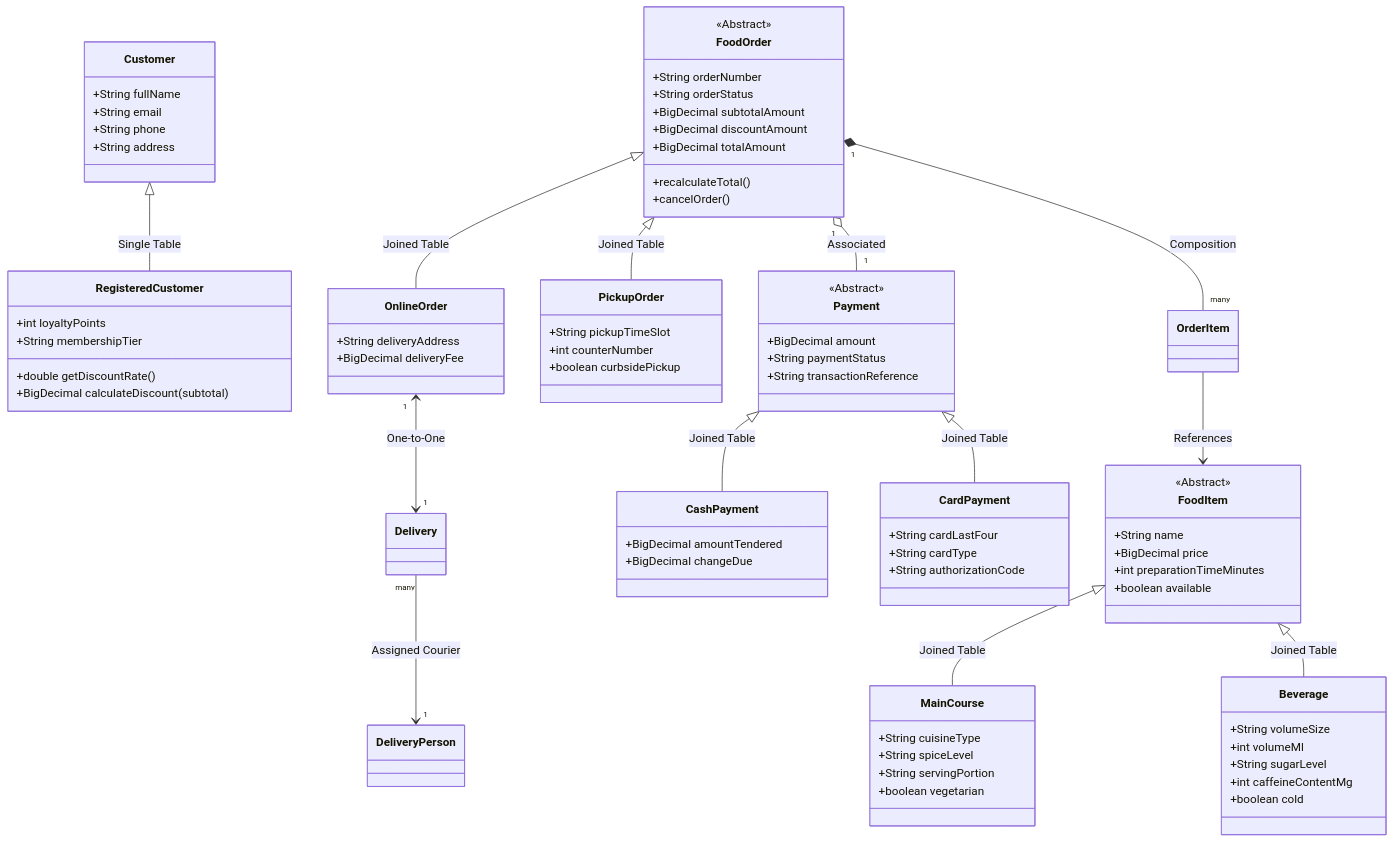
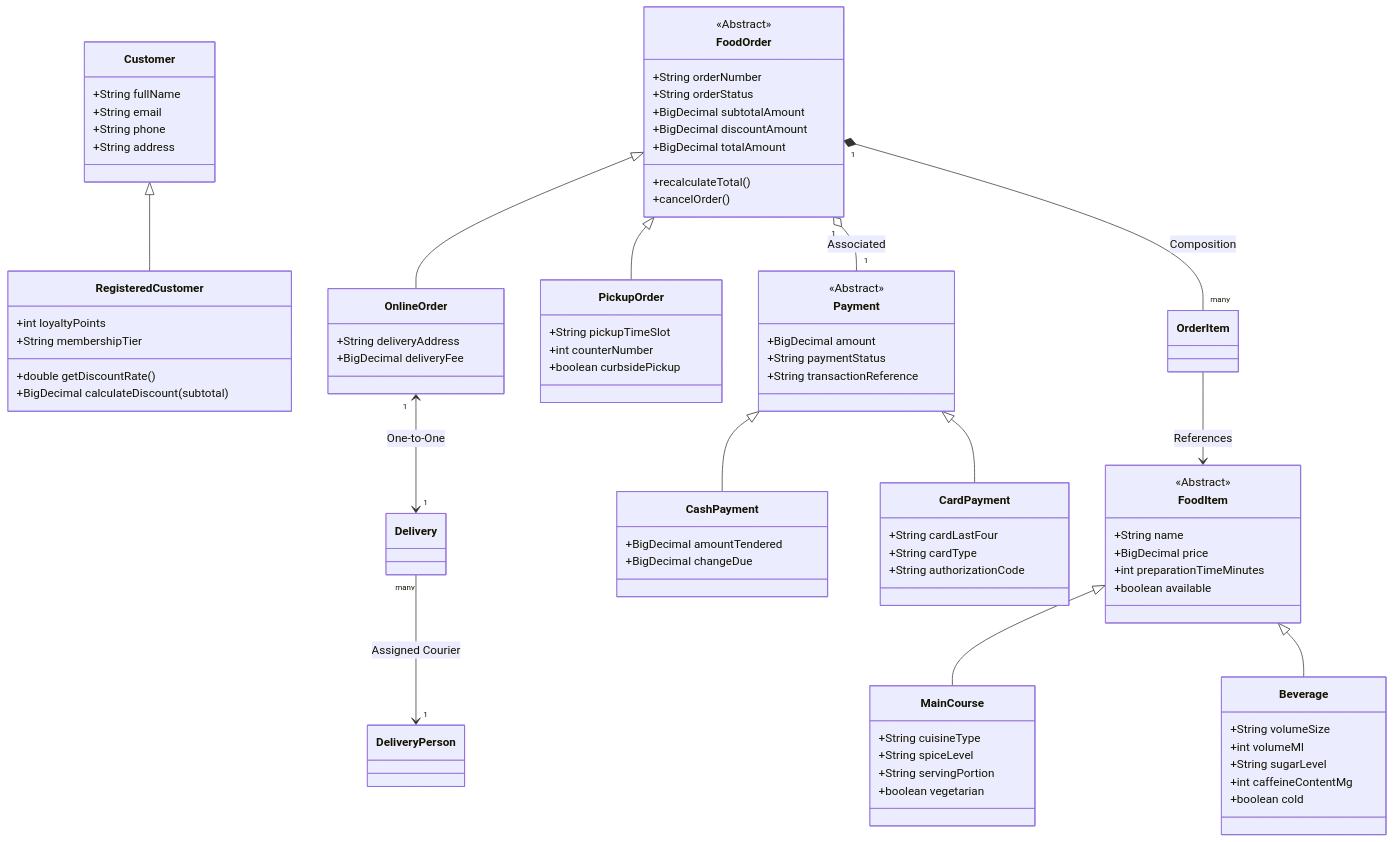
Before and after one commit to janstinvithu/Online-Food-Delivery-Management-System_OOP: the diagram in README.md, drawn with Mermaid. The commit also changed other lines of this file and 108 other files, not shown here.

```diff
--- a/README.md
+++ b/README.md
@@ -49,12 +81,14 @@
         +int preparationTimeMinutes
         +boolean available
     }
+
     class MainCourse {
         +String cuisineType
         +String spiceLevel
         +String servingPortion
         +boolean vegetarian
     }
+
     class Beverage {
         +String volumeSize
         +int volumeMl
@@ -62,8 +96,9 @@
         +int caffeineContentMg
         +boolean cold
     }
-    FoodItem <|-- MainCourse : Joined Table
-    FoodItem <|-- Beverage : Joined Table
+
+    FoodItem <|-- MainCourse
+    FoodItem <|-- Beverage
 
     class Customer {
         +String fullName
@@ -71,13 +106,15 @@
         +String phone
         +String address
     }
+
     class RegisteredCustomer {
         +int loyaltyPoints
         +String membershipTier
         +double getDiscountRate()
         +BigDecimal calculateDiscount(subtotal)
     }
-    Customer <|-- RegisteredCustomer : Single Table
+
+    Customer <|-- RegisteredCustomer
 
     class FoodOrder {
         <<Abstract>>
@@ -89,17 +126,20 @@
         +recalculateTotal()
         +cancelOrder()
     }
+
     class OnlineOrder {
         +String deliveryAddress
         +BigDecimal deliveryFee
     }
+
     class PickupOrder {
         +String pickupTimeSlot
         +int counterNumber
         +boolean curbsidePickup
     }
-    FoodOrder <|-- OnlineOrder : Joined Table
-    FoodOrder <|-- PickupOrder : Joined Table
+
+    FoodOrder <|-- OnlineOrder
+    FoodOrder <|-- PickupOrder
 
     class Payment {
         <<Abstract>>
@@ -107,17 +147,20 @@
         +String paymentStatus
         +String transactionReference
     }
+
     class CashPayment {
         +BigDecimal amountTendered
         +BigDecimal changeDue
     }
+
     class CardPayment {
         +String cardLastFour
         +String cardType
         +String authorizationCode
     }
-    Payment <|-- CashPayment : Joined Table
-    Payment <|-- CardPayment : Joined Table
+
+    Payment <|-- CashPayment
+    Payment <|-- CardPayment
 
     FoodOrder "1" *-- "many" OrderItem : Composition
     OrderItem --> FoodItem : References
```
